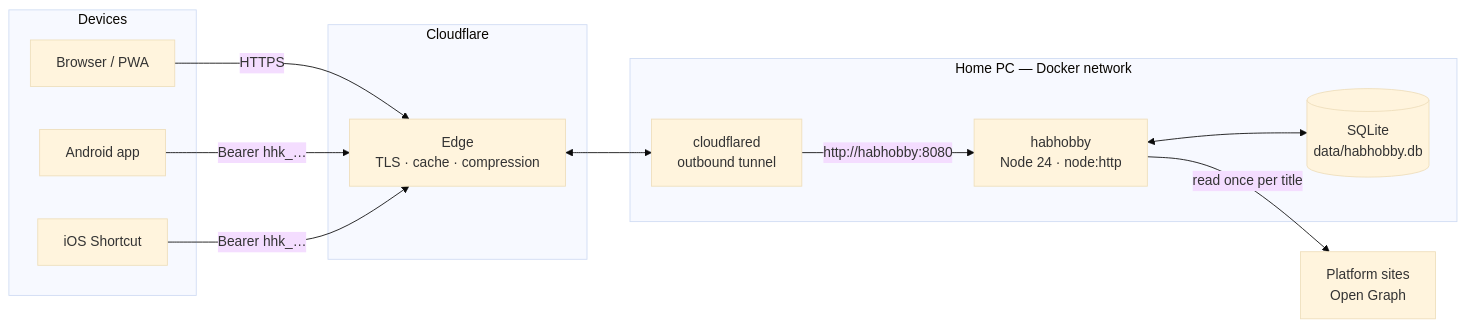
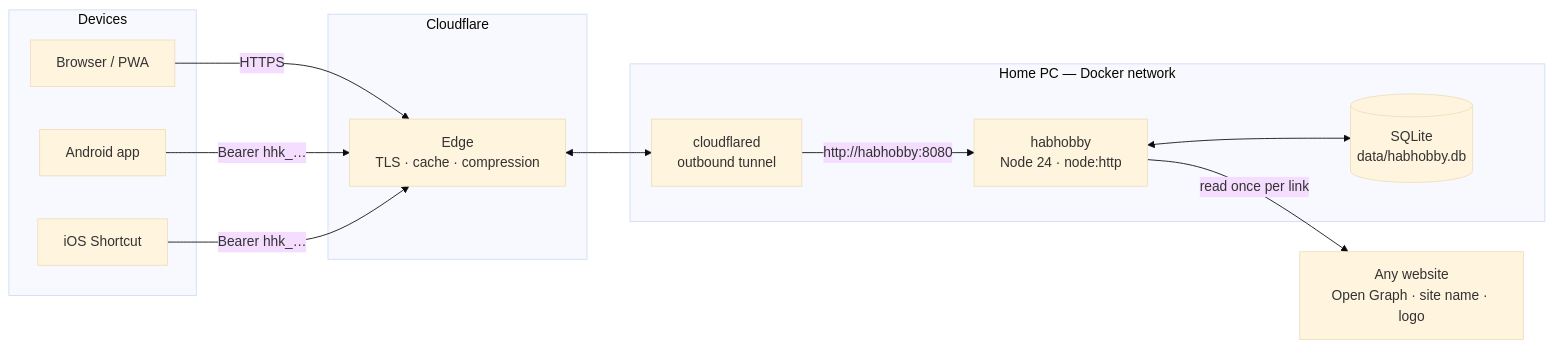
Before and after one commit to agii990114-ctrl/habhobby: the first of 2 diagrams in README.md, drawn with Mermaid (base theme). The commit also changed other lines of this file, not shown here.

First line of the commit message:
README — any site, and built to be shared

````diff
--- a/README.md
+++ b/README.md
@@ -106,25 +133,25 @@
 ```mermaid
 flowchart LR
   subgraph Devices
     B[Browser / PWA]
     A[Android app]
     I[iOS Shortcut]
   end
   subgraph Cloudflare
     E[Edge<br/>TLS · cache · compression]
   end
   subgraph Home["Home PC — Docker network"]
     T[cloudflared<br/>outbound tunnel]
     N[habhobby<br/>Node 24 · node:http]
     D[(SQLite<br/>data/habhobby.db)]
   end
-  P[Platform sites<br/>Open Graph]
+  P[Any website<br/>Open Graph · site name · logo]
 
   B -- HTTPS --> E
   A -- "Bearer hhk_…" --> E
   I -- "Bearer hhk_…" --> E
   E <--> T
   T -- "http://habhobby:8080" --> N
   N <--> D
-  N -- "read once per title" --> P
+  N -- "read once per link" --> P
 ```
````
